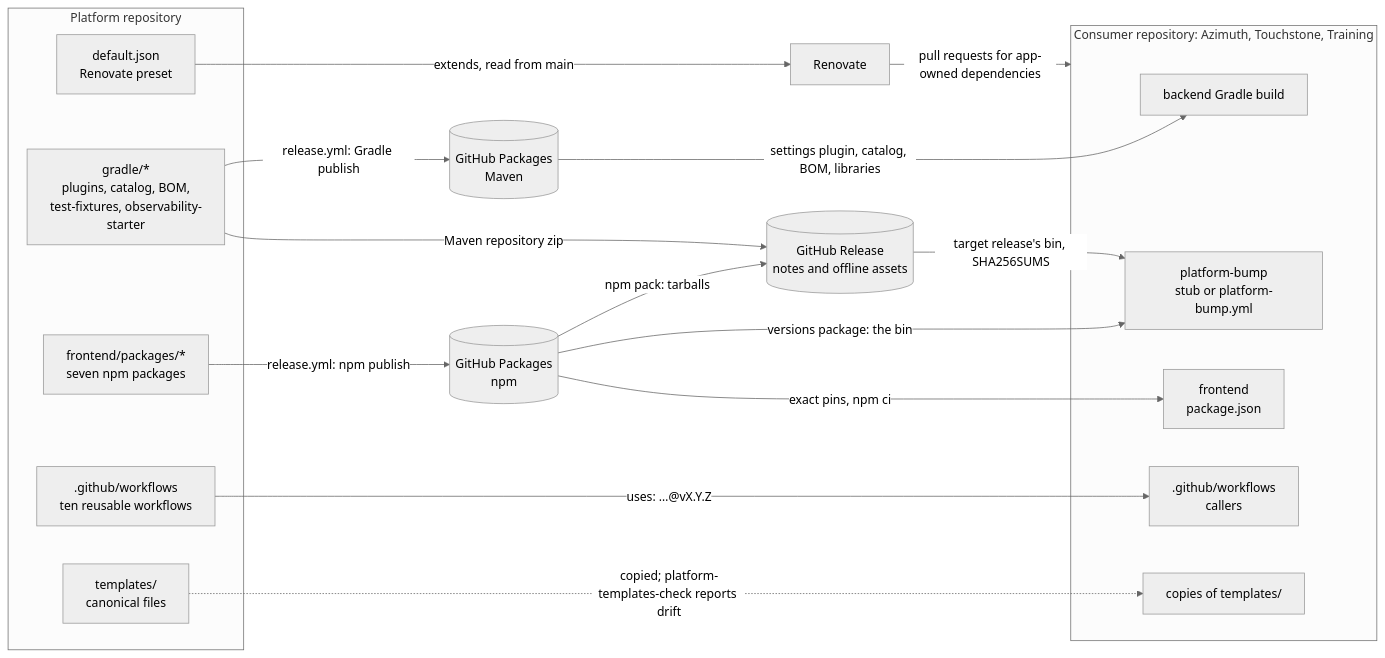
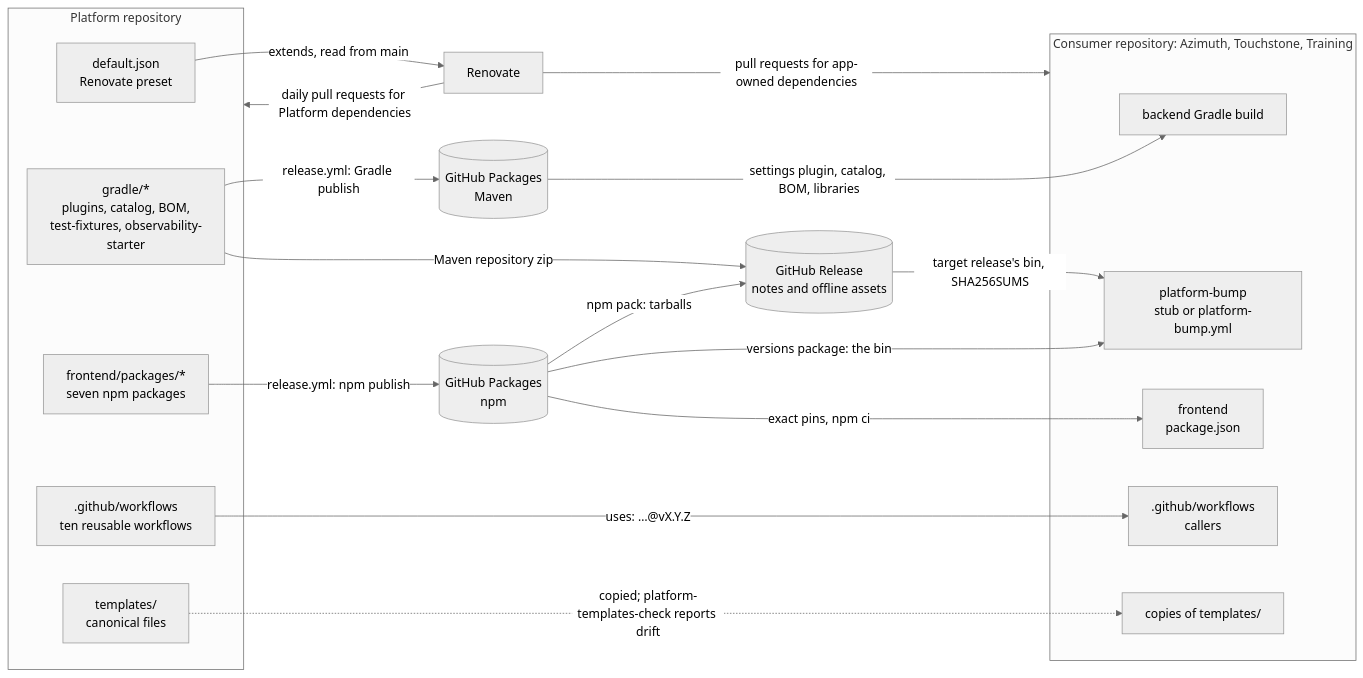
One commit to DominikSienkiewicz/Platform changed the first of 5 diagrams in README.md. Above: the diagram before and after it, drawn with Mermaid (neutral theme). The commit also changed other lines of this file and 14 other files, not shown here.

````diff
--- a/README.md
+++ b/README.md
@@ -82,36 +82,37 @@
 ```mermaid
 flowchart LR
     subgraph platform["Platform repository"]
         preset["default.json<br/>Renovate preset"]
         gradleSrc["gradle/*<br/>plugins, catalog, BOM,<br/>test-fixtures, observability-starter"]
         npmSrc["frontend/packages/*<br/>seven npm packages"]
         workflows[".github/workflows<br/>ten reusable workflows"]
         templates["templates/<br/>canonical files"]
     end
 
     renovate["Renovate"]
     maven[("GitHub Packages<br/>Maven")]
     npm[("GitHub Packages<br/>npm")]
     release[("GitHub Release<br/>notes and offline assets")]
 
     subgraph consumer["Consumer repository: Azimuth, Touchstone, Training"]
         gradleBuild["backend Gradle build"]
         bump["platform-bump<br/>stub or platform-bump.yml"]
         frontend["frontend<br/>package.json"]
         callers[".github/workflows<br/>callers"]
         copies["copies of templates/"]
     end
 
     preset -->|"extends, read from main"| renovate
+    renovate -->|"daily pull requests for Platform dependencies"| platform
     renovate -->|"pull requests for app-owned dependencies"| consumer
     gradleSrc -->|"release.yml: Gradle publish"| maven
     maven -->|"settings plugin, catalog, BOM, libraries"| gradleBuild
     gradleSrc -->|"Maven repository zip"| release
     npmSrc -->|"release.yml: npm publish"| npm
     npm -->|"npm pack: tarballs"| release
     npm -->|"versions package: the bin"| bump
     npm -->|"exact pins, npm ci"| frontend
     release -->|"target release's bin, SHA256SUMS"| bump
     workflows -->|"uses: …@vX.Y.Z"| callers
     templates -.->|"copied; platform-templates-check reports drift"| copies
 ```
````
